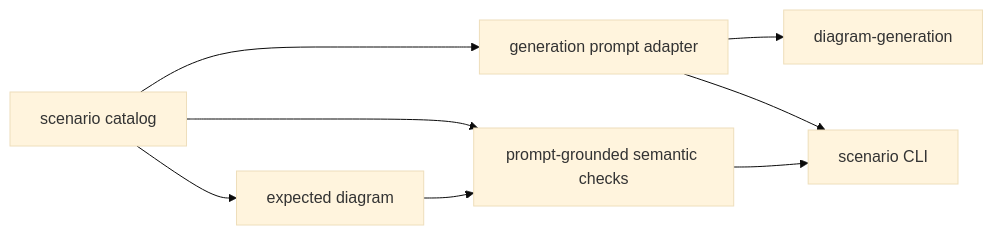
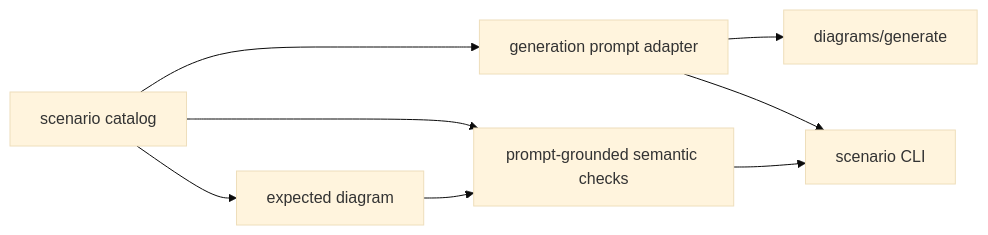
Before and after one commit to shpitdev/sketchi: the diagram in packages/diagram/scenarios/README.md, drawn with Mermaid (base theme). The commit also changed 803 other files, not shown here.

Commit message:
refactor(diagrams): move family graph build and generation ownership

````diff
--- a/packages/diagram/scenarios/README.md
+++ b/packages/diagram/scenarios/README.md
@@ -5,10 +5,10 @@
 ```mermaid
 flowchart LR
   Catalog["scenario catalog"] --> Adapter["generation prompt adapter"]
-  Adapter --> Generation["diagram-generation"]
+  Adapter --> Generation["diagrams/generate"]
   Catalog --> Expected["expected diagram"]
   Catalog --> Checks["prompt-grounded semantic checks"]
   Expected --> Checks
   Adapter --> CLI["scenario CLI"]
   Checks --> CLI
 ```
````
